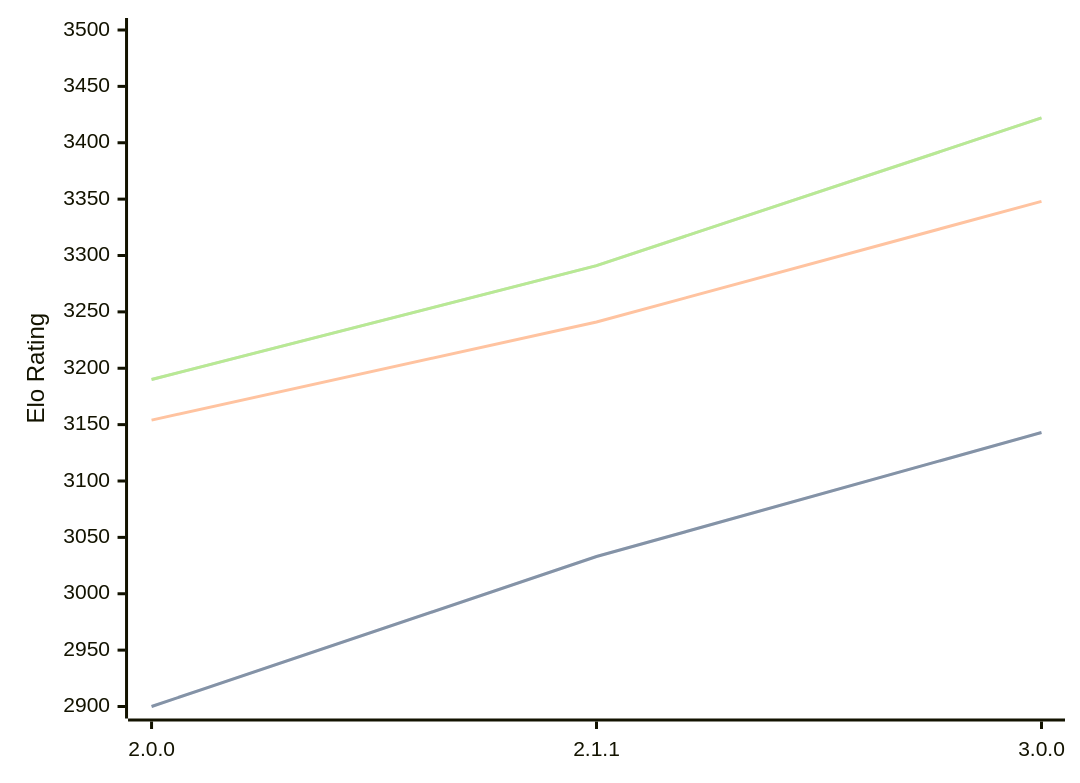
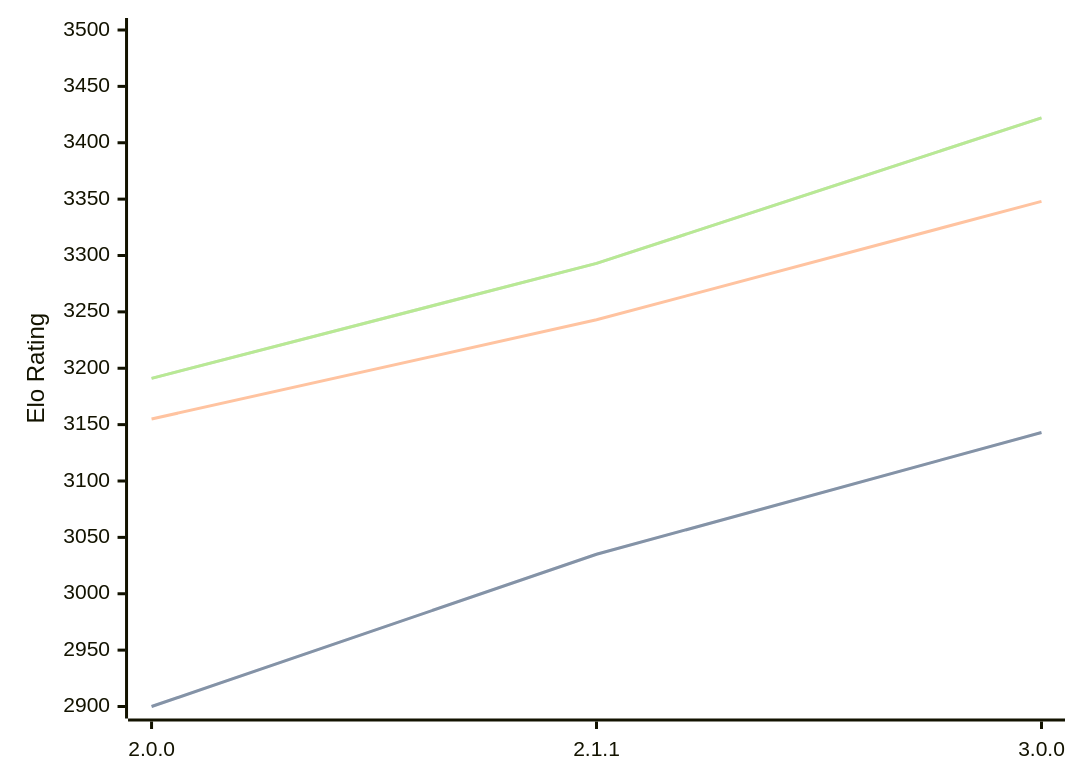
One commit to computer-chess-index/cci changed the diagram in engines/Bread.md. Above: the diagram before and after it, drawn with Mermaid. The commit also changed other lines of this file, not shown here.

Commit message:
Update CCI Ratings (ELO VLTC) - 2026-04-25

````diff
--- a/engines/Bread.md
+++ b/engines/Bread.md
@@ -51,11 +51,11 @@
 ```mermaid
 %%{init: {"theme":"base","themeVariables":{"seriesColors:['#a3a3a3','#222221','#faa371']}}}%%
 xychart-beta
   x-axis ["2.0.0", "2.1.1", "3.0.0"]
   y-axis "Elo Rating" 2900 --> 3500
-  line "STC (8.0+0.08s)" [2900, 3033, 3143]
-  line "STC (8.0+0.08s)" [2900, 3033, 3143]
-  line "LTC (60.0+0.60s)" [3154, 3241, 3348]
-  line "VLTC (2m24s+1.12s)" [3190, 3291, 3422]
-  line "VLTC (2m24s+1.12s)" [3190, 3291, 3422]
+  line "STC (8.0+0.08s)" [2900, 3035, 3143]
+  line "STC (8.0+0.08s)" [2900, 3035, 3143]
+  line "LTC (60.0+0.60s)" [3155, 3243, 3348]
+  line "VLTC (2m24s+1.12s)" [3191, 3293, 3422]
+  line "VLTC (2m24s+1.12s)" [3191, 3293, 3422]
 ```
````
